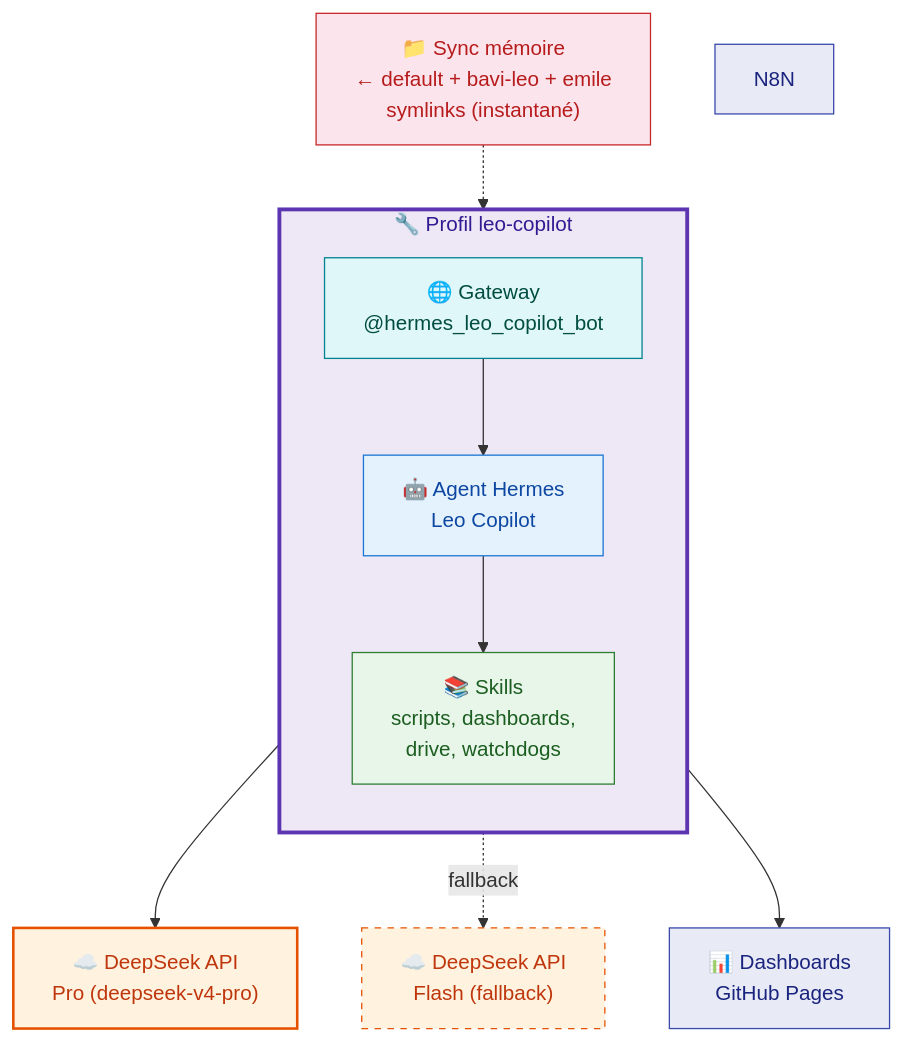
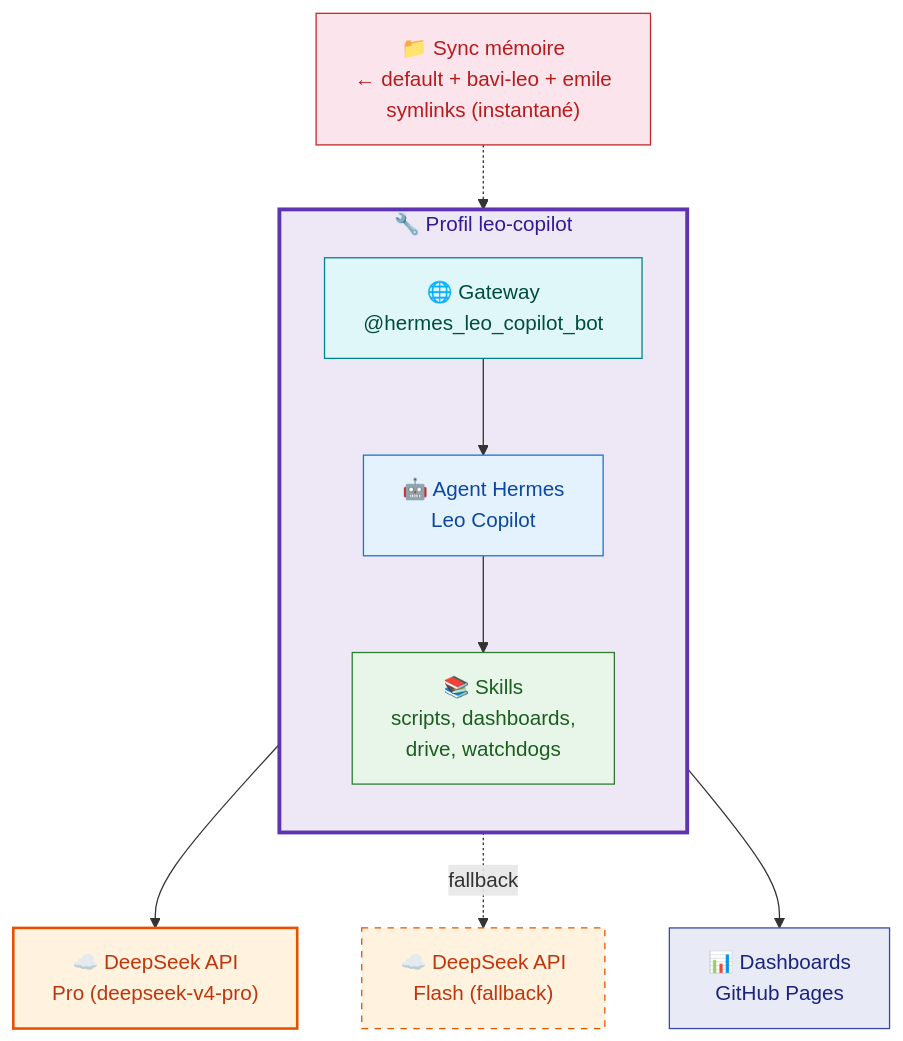
Before and after one commit to christophedanhier-hash/hermes-wiki: the third of 3 diagrams in docs/hermes/utilisation/bots-telegram.md, drawn with Mermaid. The commit also changed 9 other files, not shown here.

````diff
--- a/docs/hermes/utilisation/bots-telegram.md
+++ b/docs/hermes/utilisation/bots-telegram.md
@@ -115,31 +115,30 @@
 ```mermaid
 flowchart TB
     subgraph COPILOT["🔧 Profil leo-copilot"]
         direction TB
         GW2["🌐 Gateway<br/>@hermes_leo_copilot_bot"]
         AGENT["🤖 Agent Hermes<br/>Leo Copilot"]
         SKILLS["📚 Skills<br/>scripts, dashboards,<br/>drive, watchdogs"]
     end
 
     DS_PRO["☁️ DeepSeek API<br/>Pro (deepseek-v4-pro)"]
     DS_FLASH["☁️ DeepSeek API<br/>Flash (fallback)"]
     MEM["📁 Sync mémoire<br/>← default + bavi-leo + emile<br/>symlinks (instantané)"]
     DASH["📊 Dashboards<br/>GitHub Pages"]
 
     GW2 --> AGENT
     AGENT --> SKILLS
     AGENT --> DS_PRO
     AGENT -.->|fallback| DS_FLASH
     MEM -.-> AGENT
     AGENT --> DASH
 
     style COPILOT fill:#ede7f6,stroke:#5e35b1,stroke-width:3px,color:#311b92
     style GW2 fill:#e0f7fa,stroke:#00838f,color:#004d40
     style AGENT fill:#e3f2fd,stroke:#1976d2,color:#0d47a1
     style SKILLS fill:#e8f5e9,stroke:#2e7d32,color:#1b5e20
     style DS_PRO fill:#fff3e0,stroke:#e65100,stroke-width:2px,color:#bf360c
     style DS_FLASH fill:#fff3e0,stroke:#e65100,stroke-dasharray:5,color:#bf360c
     style MEM fill:#fce4ec,stroke:#c62828,color:#b71c1c
     style DASH fill:#e8eaf6,stroke:#3949ab,color:#1a237e
-    style N8N fill:#e8eaf6,stroke:#3949ab,color:#1a237e
 ```
````
